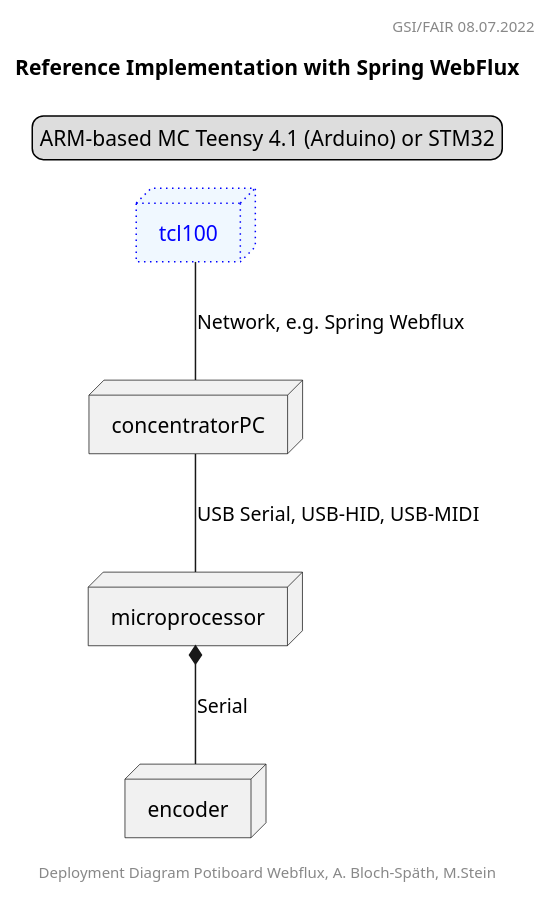
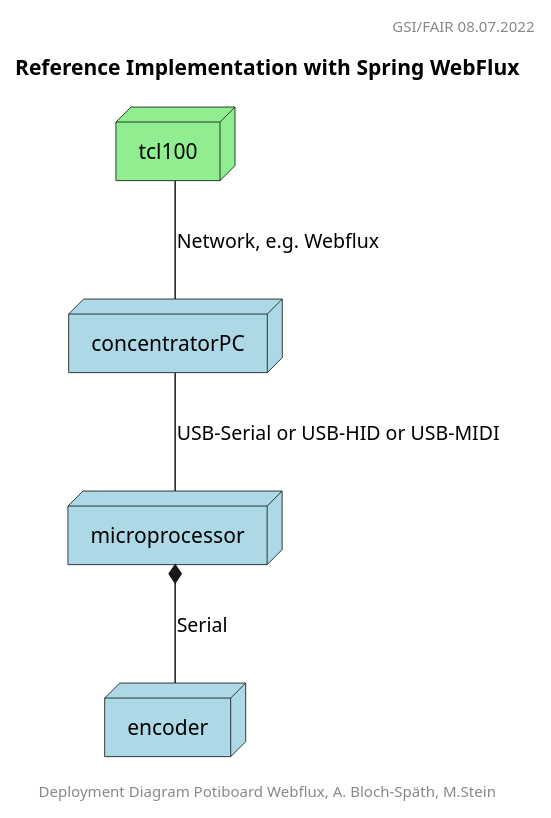
Before and after one commit to steinmartin/encoder-positions-docs: the diagram in plantuml/komponenten-uml-01.puml, drawn with PlantUML. The commit also changed 9 other files, not shown here.

Commit message:
Neue Deployment Diagramme Gegenüberstellung Netzwerk- oder USB Technologien

```diff
--- a/plantuml/komponenten-uml-01.puml
+++ b/plantuml/komponenten-uml-01.puml
@@ -1,19 +1,19 @@
 @startuml
 
 header GSI/FAIR 08.07.2022
 footer Deployment Diagram Potiboard Webflux, A. Bloch-Späth, M.Stein
 title Reference Implementation with Spring WebFlux
 
- legend top right
-   ARM-based MC Teensy 4.1 (Arduino) or STM32
- endlegend
+' legend top right
+'   ARM-based MC Teensy 4.1 (Arduino) or STM32
+' endlegend
 
-node tcl100 #aliceblue;line:blue;line.dotted;text:blue
-node concentratorPC
-node microprocessor
-node encoder
+node tcl100 #lightgreen;line:black;text:black
+node concentratorPC #lightblue;line:black;text:black
+node microprocessor #lightblue;line:black;text:black
+node encoder #lightblue;line:black;text:black
 microprocessor *-- encoder : Serial
-concentratorPC -- microprocessor : USB Serial, USB-HID, USB-MIDI
-tcl100 -- concentratorPC : Network, e.g. Spring Webflux
+concentratorPC -- microprocessor : USB-Serial or USB-HID or USB-MIDI
+tcl100 -- concentratorPC : Network, e.g. Webflux
 
 @enduml
```
